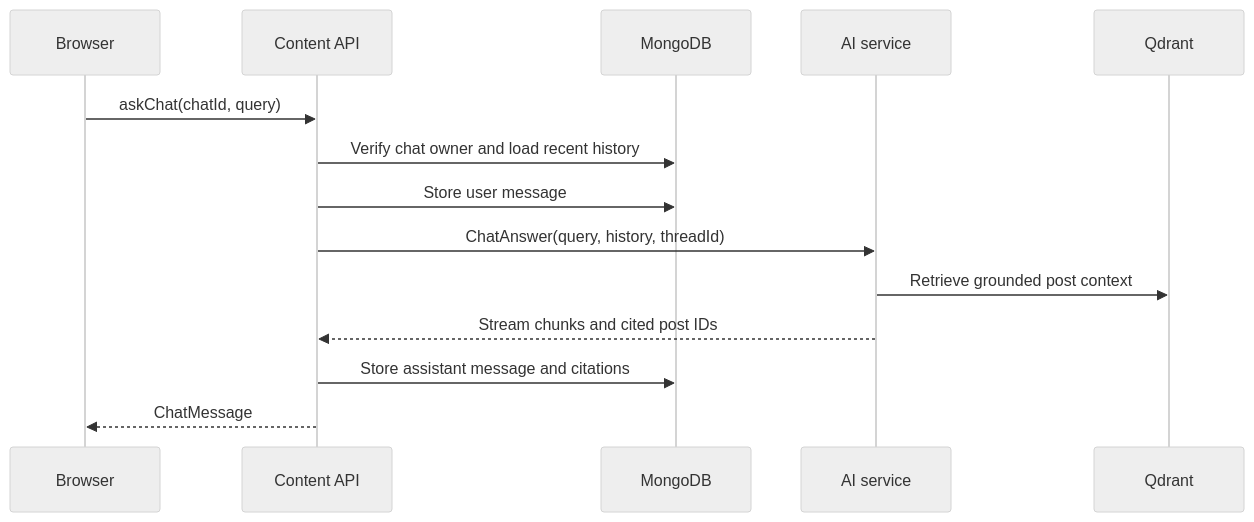
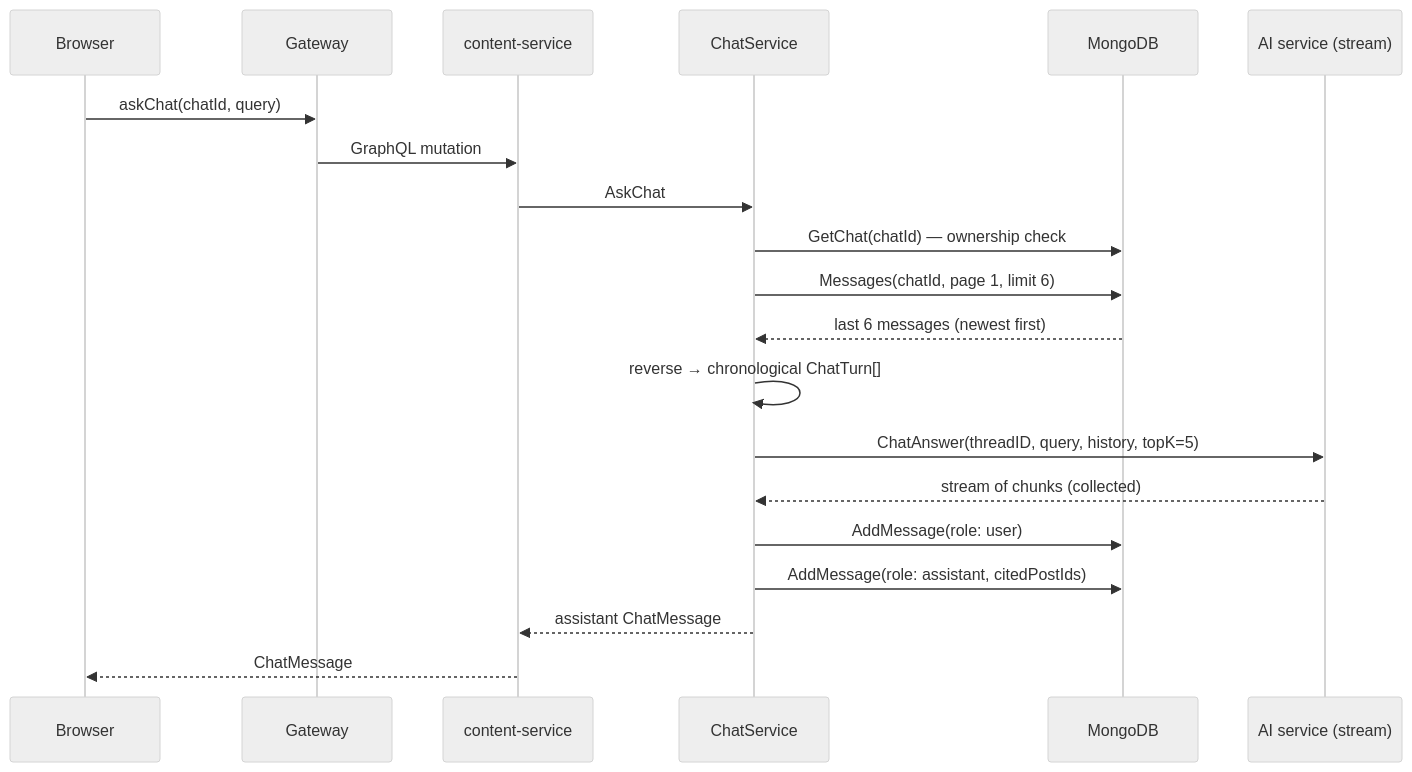
The second of 3 diagrams in services/content/docs/concepts/chat-flow.md (kunalPisolkar24/topos), drawn with Mermaid (neutral theme) before and after one commit. The commit also changed other lines of this file and 17 other files, not shown here.

Commit message:
Rewrite content service docs for beginners

````diff
--- a/services/content/docs/concepts/chat-flow.md
+++ b/services/content/docs/concepts/chat-flow.md
@@ -7,17 +39,23 @@
 ```mermaid
 sequenceDiagram
     participant B as Browser
-    participant C as Content API
-    participant M as MongoDB
-    participant A as AI service
-    participant Q as Qdrant
+    participant G as Gateway
+    participant C as content-service
+    participant DS as ChatService
+    participant R as MongoDB
+    participant A as AI service (stream)
 
-    B->>C: askChat(chatId, query)
-    C->>M: Verify chat owner and load recent history
-    C->>M: Store user message
-    C->>A: ChatAnswer(query, history, threadId)
-    A->>Q: Retrieve grounded post context
-    A-->>C: Stream chunks and cited post IDs
-    C->>M: Store assistant message and citations
+    B->>G: askChat(chatId, query)
+    G->>C: GraphQL mutation
+    C->>DS: AskChat
+    DS->>R: GetChat(chatId) — ownership check
+    DS->>R: Messages(chatId, page 1, limit 6)
+    R-->>DS: last 6 messages (newest first)
+    DS->>DS: reverse → chronological ChatTurn[]
+    DS->>A: ChatAnswer(threadID, query, history, topK=5)
+    A-->>DS: stream of chunks (collected)
+    DS->>R: AddMessage(role: user)
+    DS->>R: AddMessage(role: assistant, citedPostIds)
+    DS-->>C: assistant ChatMessage
     C-->>B: ChatMessage
 ```
````
